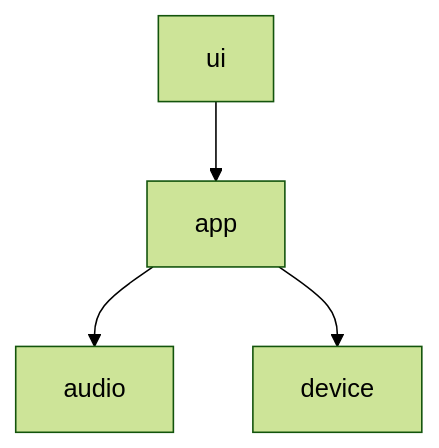
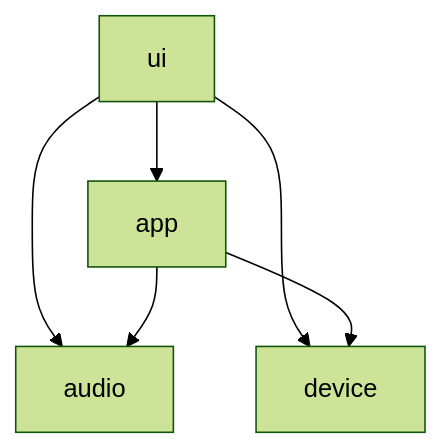
The diagram in docs/architecture/overview.md (stonedev-app/pocket-deck), drawn with Mermaid (forest theme) before and after one commit. The commit also changed other lines of this file and 1 other file, not shown here.

````diff
--- a/docs/architecture/overview.md
+++ b/docs/architecture/overview.md
@@ -19,6 +19,8 @@
 ```mermaid
 flowchart TB
     ui --> app
+    ui --> audio
+    ui --> device
     app --> audio
     app --> device
 ```
````
